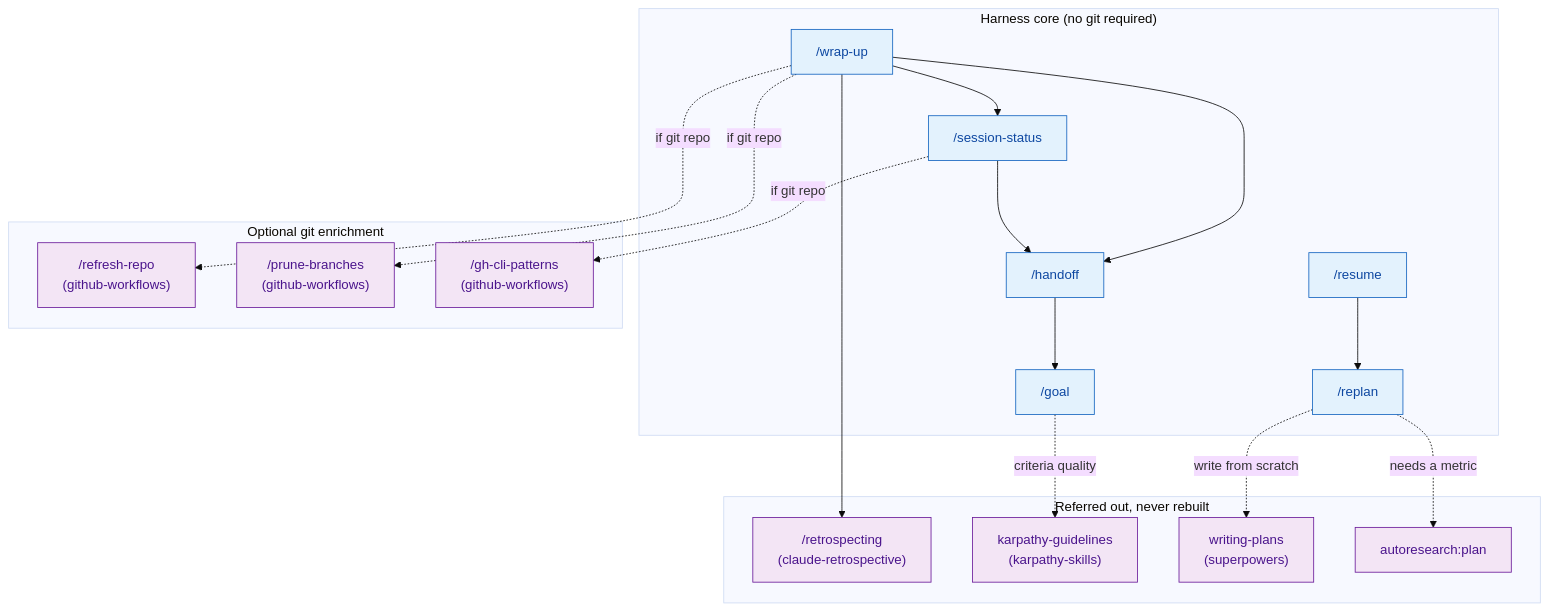
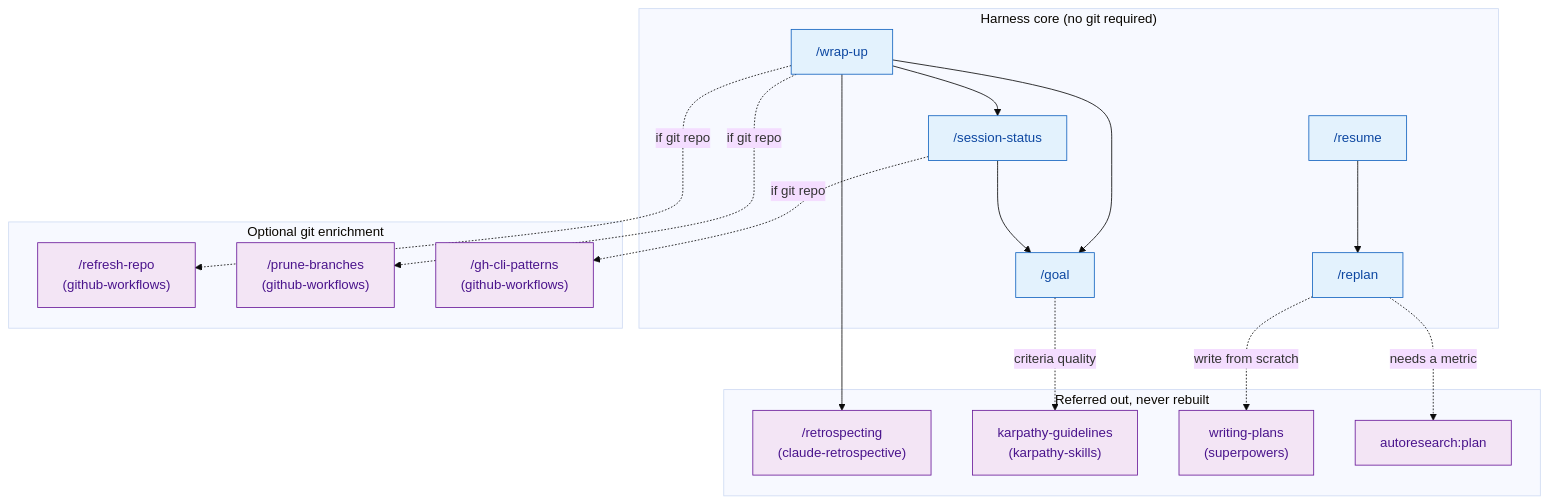
One commit to dryvist/claude-code-plugins changed the first of 2 diagrams in ai-cli-harness-better-practices/ARCHITECTURE.md. Above: the diagram before and after it, drawn with Mermaid (base theme). The commit also changed other lines of this file and 19 other files, not shown here.

````diff
--- a/ai-cli-harness-better-practices/ARCHITECTURE.md
+++ b/ai-cli-harness-better-practices/ARCHITECTURE.md
@@ -8,45 +8,43 @@
 ```mermaid
 flowchart TD
     classDef ai fill:#e3f2fd,stroke:#1565c0,color:#0d47a1
     classDef external fill:#f3e5f5,stroke:#6a1b9a,color:#4a148c
 
     subgraph core["Harness core (no git required)"]
         goal["/goal"]
         status["/session-status"]
-        handoff["/handoff"]
         resume["/resume"]
         replan["/replan"]
         wrapup["/wrap-up"]
     end
 
     subgraph optional["Optional git enrichment"]
         refresh["/refresh-repo\n(github-workflows)"]:::external
         prune["/prune-branches\n(github-workflows)"]:::external
         ghcli["/gh-cli-patterns\n(github-workflows)"]:::external
     end
 
     subgraph referred["Referred out, never rebuilt"]
         retro["/retrospecting\n(claude-retrospective)"]:::external
         karpathy["karpathy-guidelines\n(karpathy-skills)"]:::external
         plans["writing-plans\n(superpowers)"]:::external
         arplan["autoresearch:plan"]:::external
     end
 
     wrapup --> status
-    wrapup --> handoff
+    wrapup --> goal
     wrapup --> retro
     wrapup -.->|"if git repo"| refresh
     wrapup -.->|"if git repo"| prune
 
-    status --> handoff
+    status --> goal
     status -.->|"if git repo"| ghcli
 
-    handoff --> goal
     goal -.->|"criteria quality"| karpathy
 
     resume --> replan
     replan -.->|"write from scratch"| plans
     replan -.->|"needs a metric"| arplan
 
-    class goal,status,handoff,resume,replan,wrapup ai
+    class goal,status,resume,replan,wrapup ai
 ```
````
